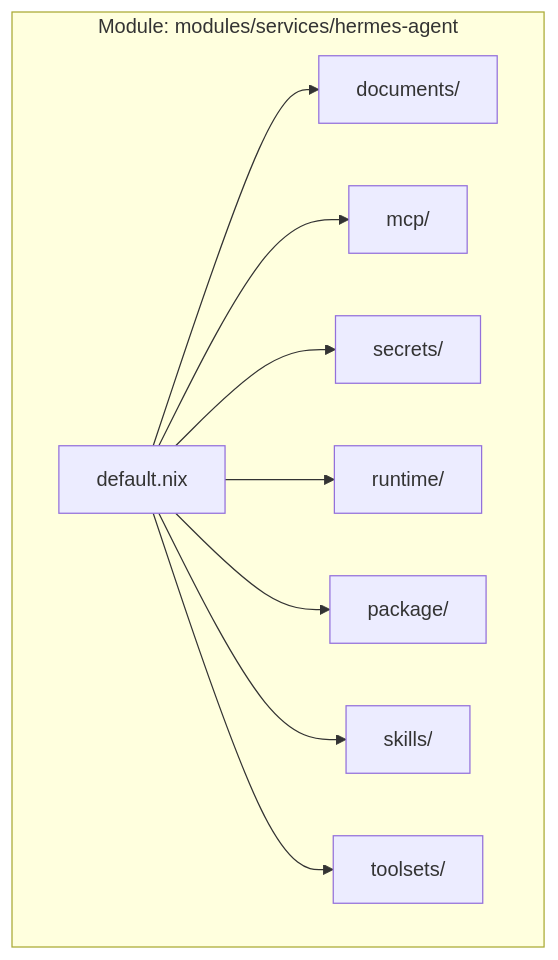
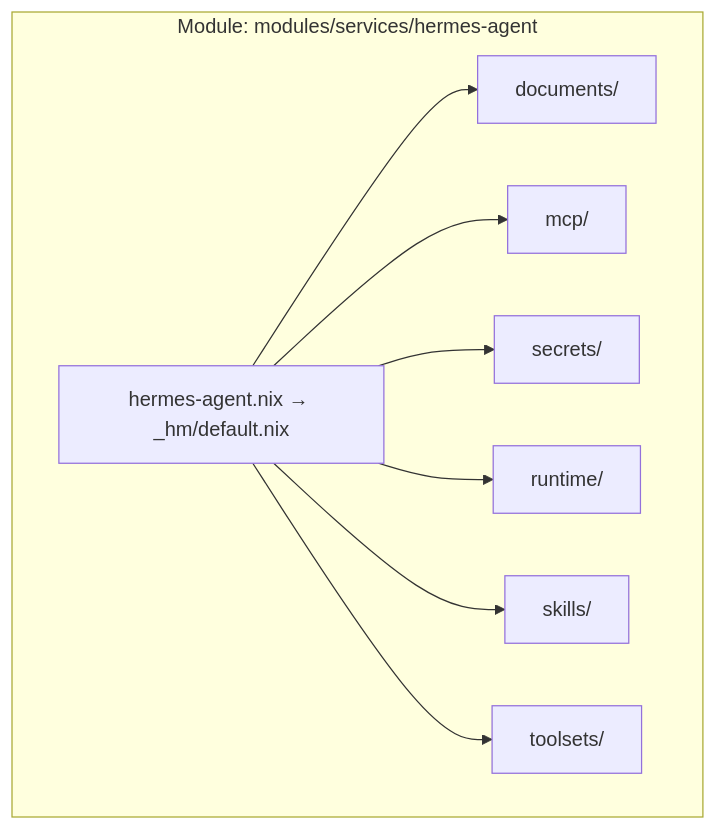
Before and after one commit to Cody-W-Tucker/nix-config: the second of 2 diagrams in docs/Repository-Structure-and-Conventions.md, drawn with Mermaid. The commit also changed other lines of this file and 35 other files, not shown here.

````diff
--- a/docs/Repository-Structure-and-Conventions.md
+++ b/docs/Repository-Structure-and-Conventions.md
@@ -162,20 +144,18 @@
 ```mermaid
 flowchart TD
     subgraph subGraph0 ["Module: modules/services/hermes-agent"]
-        DEF["default.nix"]
+        DEF["hermes-agent.nix → _hm/default.nix"]
         DOC["documents/"]
         MCP["mcp/"]
         SEC["secrets/"]
         RUN["runtime/"]
-        PKG["package/"]
         SKL["skills/"]
         TOOL["toolsets/"]
     end
     DEF --> DOC
     DEF --> MCP
     DEF --> SEC
     DEF --> RUN
-    DEF --> PKG
     DEF --> SKL
     DEF --> TOOL
 ```
````
